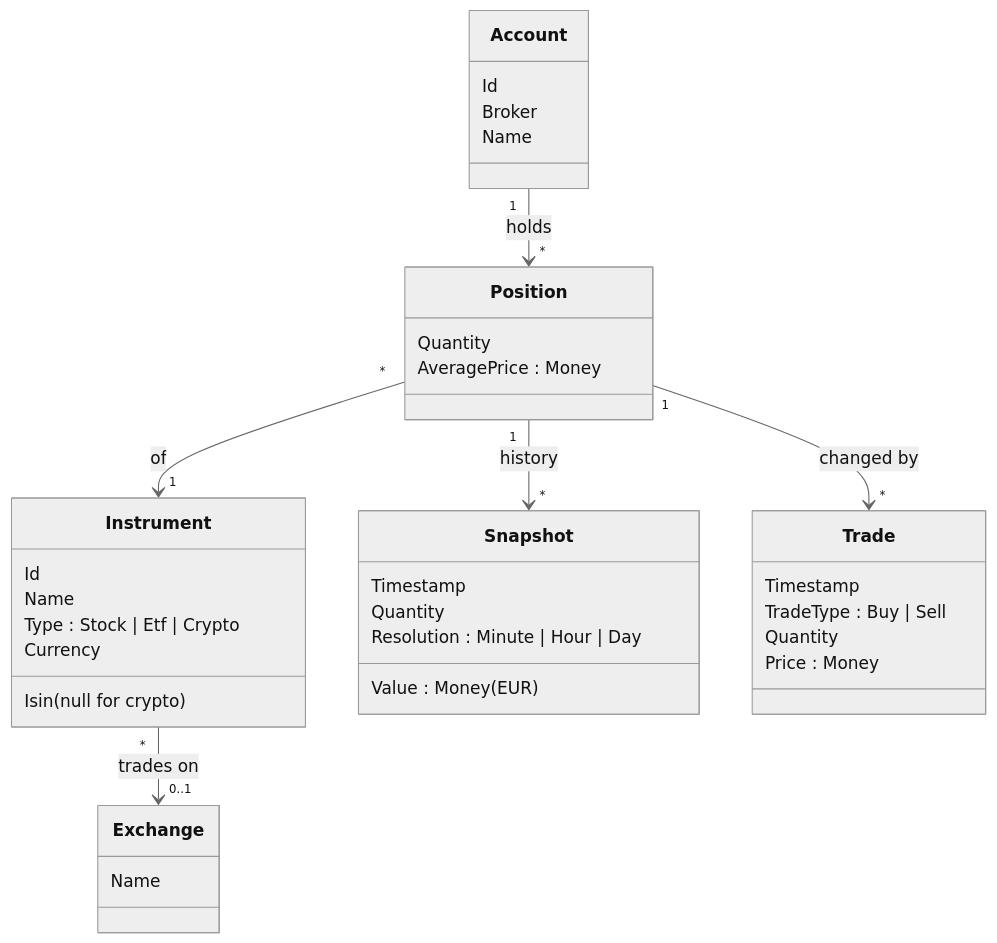
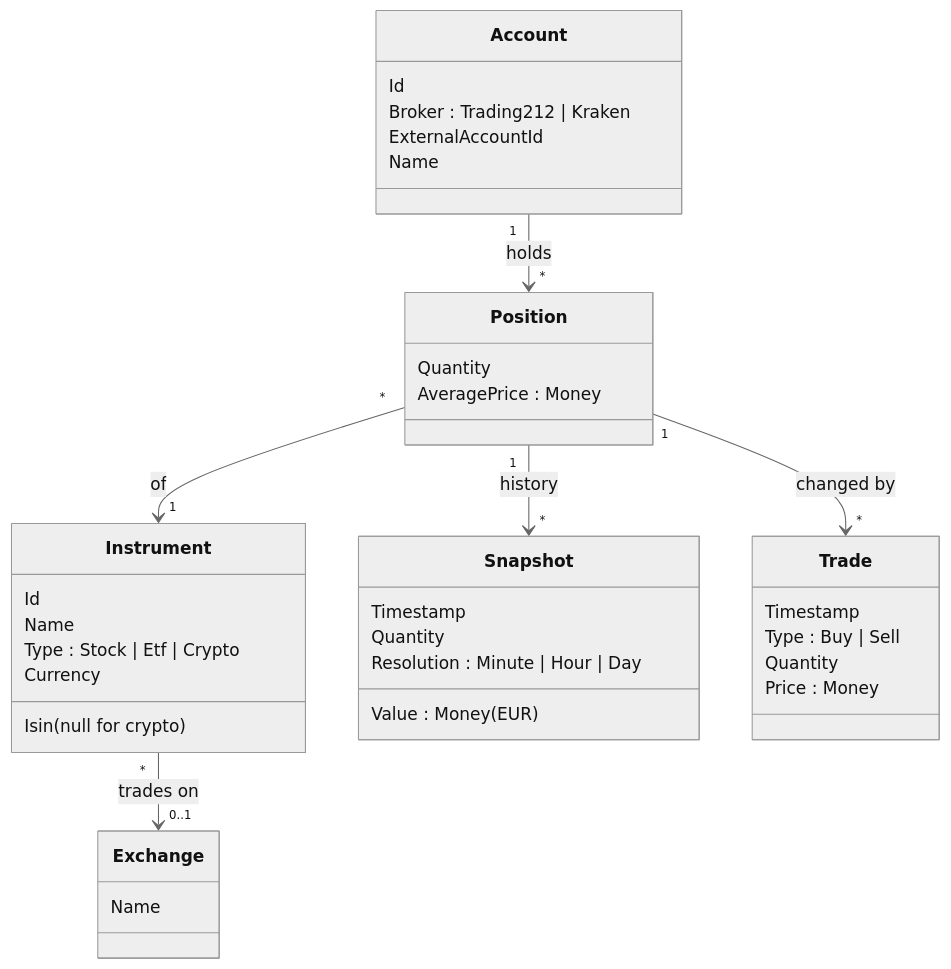
The diagram in docs/domain-model.md (zye04/Ledgerly), drawn with Mermaid (neutral theme) before and after one commit. The commit also changed other lines of this file and 1 other file, not shown here.

Commit message:
docs: clarify FR02 and add ExternalAccountId to Account

````diff
--- a/docs/domain-model.md
+++ b/docs/domain-model.md
@@ -5,41 +5,42 @@
 ```mermaid
 classDiagram
     class Account {
         Id
-        Broker
+        Broker : Trading212 | Kraken
+        ExternalAccountId
         Name
     }
     class Position {
         Quantity
         AveragePrice : Money
     }
     class Instrument {
         Id
         Isin (null for crypto)
         Name
         Type : Stock | Etf | Crypto
         Currency
     }
     class Exchange {
         Name
     }
     class Snapshot {
         Timestamp
         Quantity
         Value : Money (EUR)
         Resolution : Minute | Hour | Day
     }
 
     class Trade {
         Timestamp
-        TradeType : Buy | Sell
+        Type : Buy | Sell
         Quantity
         Price : Money
     }
 
     Account "1" --> "*" Position : holds
     Position "*" --> "1" Instrument : of
     Instrument "*" --> "0..1" Exchange : trades on
     Position "1" --> "*" Snapshot : history
     Position "1" --> "*" Trade : changed by
 ```
````
